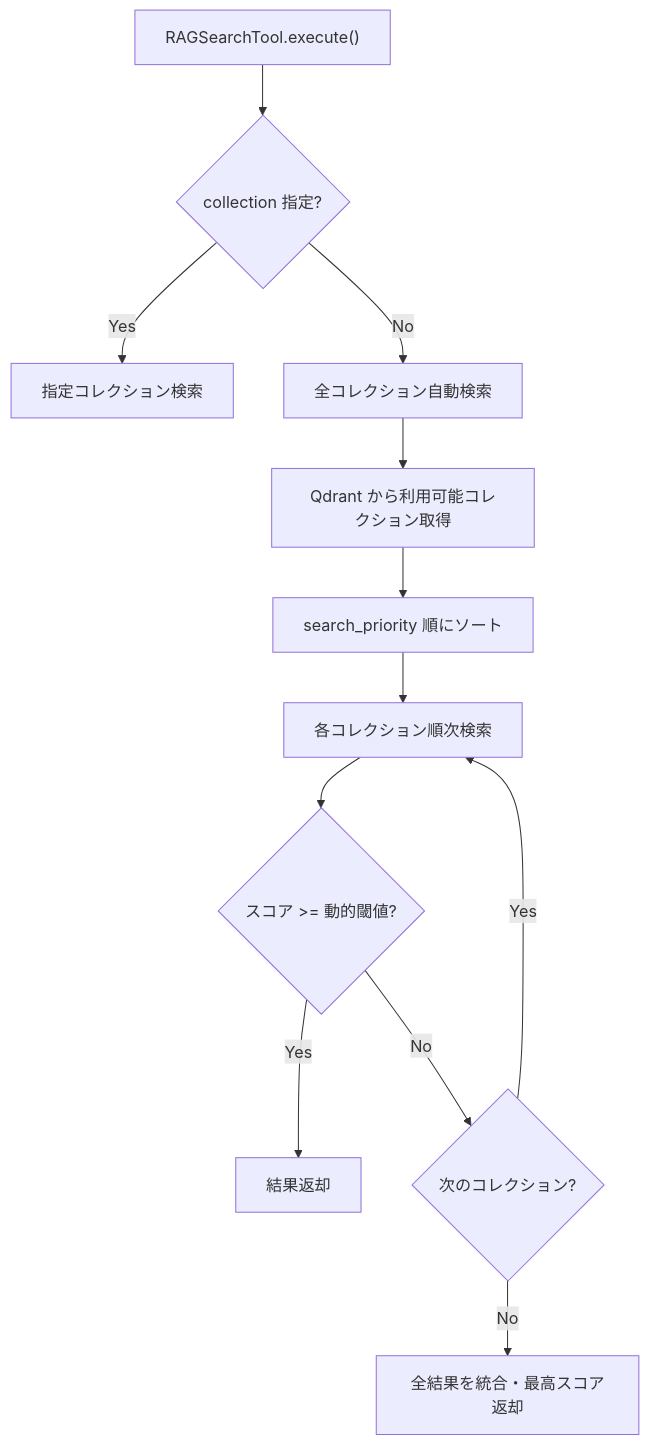
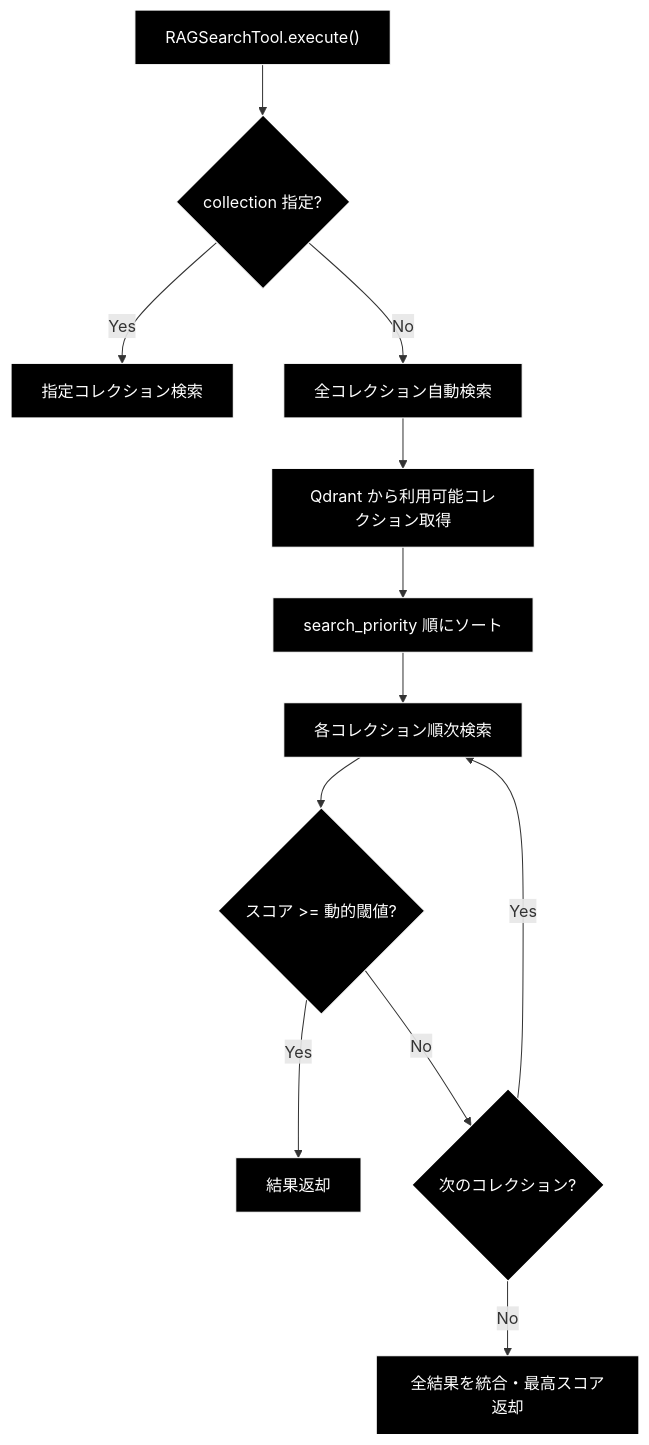
Before and after one commit to nakashima2toshio/ollama_grace_agent_v2: the tenth of 13 diagrams in README.md, drawn with Mermaid. The commit also changed other lines of this file, not shown here.

First line of the commit message:
docs(README): apply mandatory black-bg Mermaid style + fix grace_chat_page.py refs

````diff
--- a/README.md
+++ b/README.md
@@ -1144,14 +1212,17 @@
 ```mermaid
 flowchart TB
     A["RAGSearchTool.execute()"] --> B{"collection 指定?"}
     B -->|Yes| C["指定コレクション検索"]
     B -->|No| D["全コレクション自動検索"]
     D --> E["Qdrant から利用可能コレクション取得"]
     E --> F["search_priority 順にソート"]
     F --> G["各コレクション順次検索"]
     G --> H{"スコア >= 動的閾値?"}
     H -->|Yes| I["結果返却"]
     H -->|No| J{"次のコレクション?"}
     J -->|Yes| G
     J -->|No| K["全結果を統合・最高スコア返却"]
+classDef default fill:#000,stroke:#fff,color:#fff
+classDef subgraphStyle fill:#1a1a1a,stroke:#fff,color:#fff
+class A,B,C,D,E,F,G,H,I,J,K default
 ```
````
